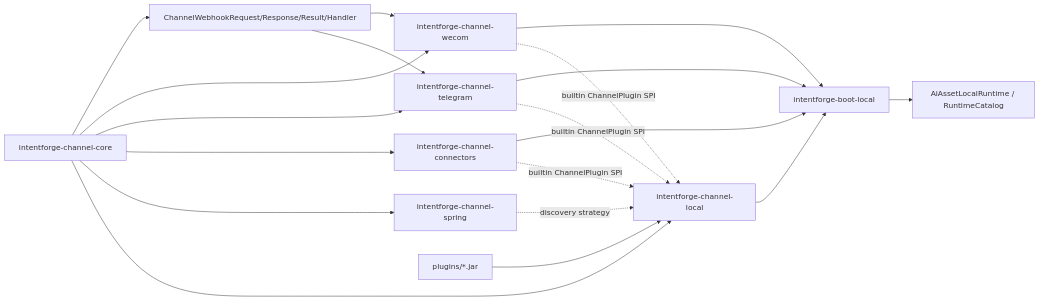
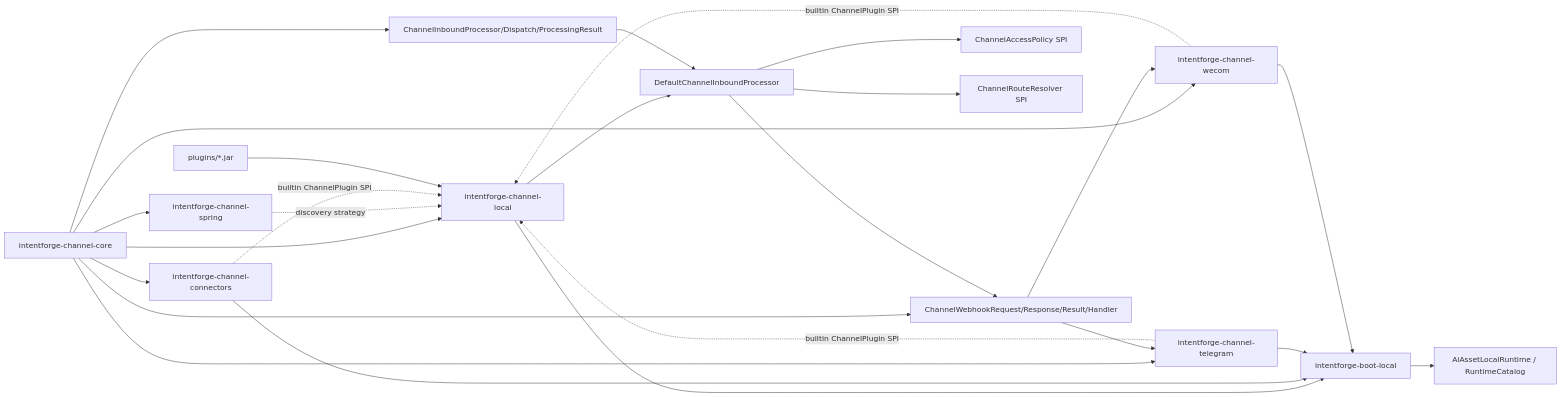
Before and after one commit to xinlangtao/IntentForge: the second of 2 diagrams in docs/tasks/channel-runtime-module.md, drawn with Mermaid. The commit also changed other lines of this file, not shown here.

Commit message:
docs: close channel inbound pipeline task

````diff
--- a/docs/tasks/channel-runtime-module.md
+++ b/docs/tasks/channel-runtime-module.md
@@ -126,21 +136,27 @@
 ```mermaid
 flowchart LR
     Core["intentforge-channel-core"] --> Local["intentforge-channel-local"]
     Core --> Spring["intentforge-channel-spring"]
     Core --> Connectors["intentforge-channel-connectors"]
     Core --> Telegram["intentforge-channel-telegram"]
     Core --> WeCom["intentforge-channel-wecom"]
     Core --> Webhook["ChannelWebhookRequest/Response/Result/Handler"]
+    Core --> Inbound["ChannelInboundProcessor/Dispatch/ProcessingResult"]
     Spring -.discovery strategy.-> Local
     Connectors -.builtin ChannelPlugin SPI.-> Local
     Telegram -.builtin ChannelPlugin SPI.-> Local
     WeCom -.builtin ChannelPlugin SPI.-> Local
     Plugins["plugins/*.jar"] --> Local
+    Local --> Processor["DefaultChannelInboundProcessor"]
+    Processor --> Webhook
+    Processor --> Policy["ChannelAccessPolicy SPI"]
+    Processor --> Resolver["ChannelRouteResolver SPI"]
     Local --> Boot["intentforge-boot-local"]
     Connectors --> Boot
     Telegram --> Boot
     WeCom --> Boot
     Webhook --> Telegram
     Webhook --> WeCom
+    Inbound --> Processor
     Boot --> Runtime["AiAssetLocalRuntime / RuntimeCatalog"]
 ```
````
